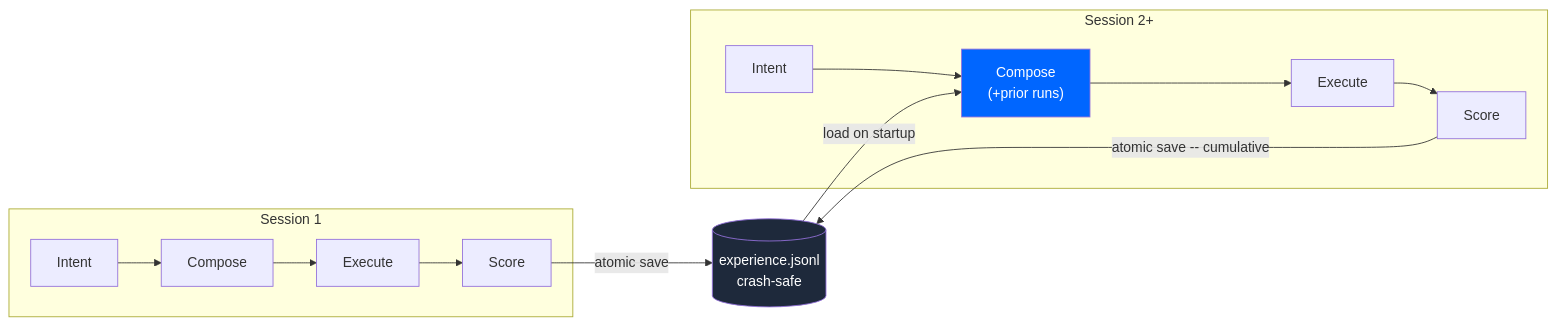
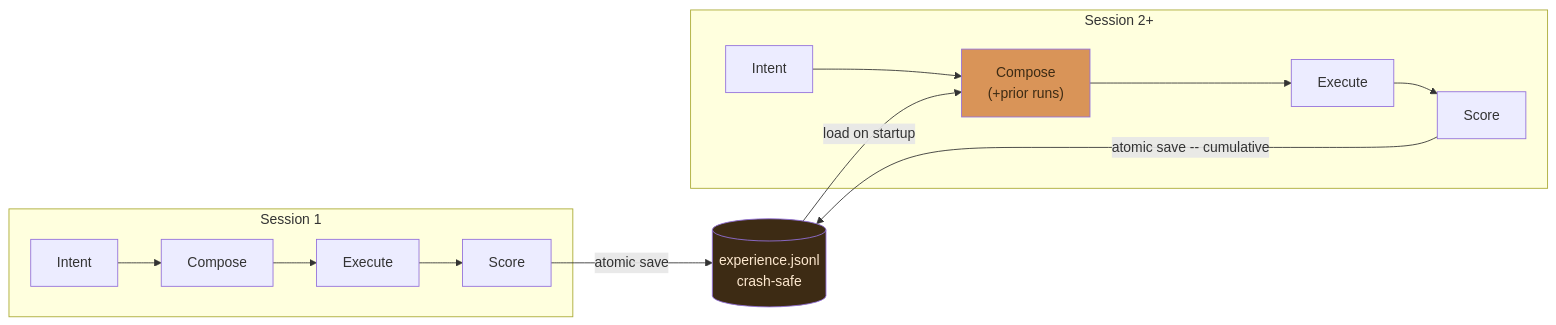
One commit to JosephOIbrahim/Comfy-Cozy changed diagram 11 of 25 in README.md. Above: the diagram before and after it, drawn with Mermaid. The commit also changed other lines of this file, not shown here.

First line of the commit message:
[DOCS] Unify mermaid palette across 25 diagrams (warm amber/brown)

````diff
--- a/README.md
+++ b/README.md
@@ -641,15 +641,15 @@
 ```mermaid
 graph LR
     subgraph Session1 ["Session 1"]
         I1["Intent"] --> C1["Compose"] --> E1["Execute"] --> S1["Score"]
     end
     subgraph Session2 ["Session 2+"]
         I2["Intent"] --> C2["Compose<br/>(+prior runs)"] --> E2["Execute"] --> S2["Score"]
     end
     S1 -->|"atomic save"| JSONL[("experience.jsonl<br/>crash-safe")]
     JSONL -->|"load on startup"| C2
     S2 -->|"atomic save -- cumulative"| JSONL
 
-    style JSONL fill:#1e293b,color:#fff
-    style C2 fill:#0066FF,color:#fff
+    style JSONL fill:#3d2b14,color:#fde8cf
+    style C2 fill:#d99458,color:#3d2b14
 ```
````
